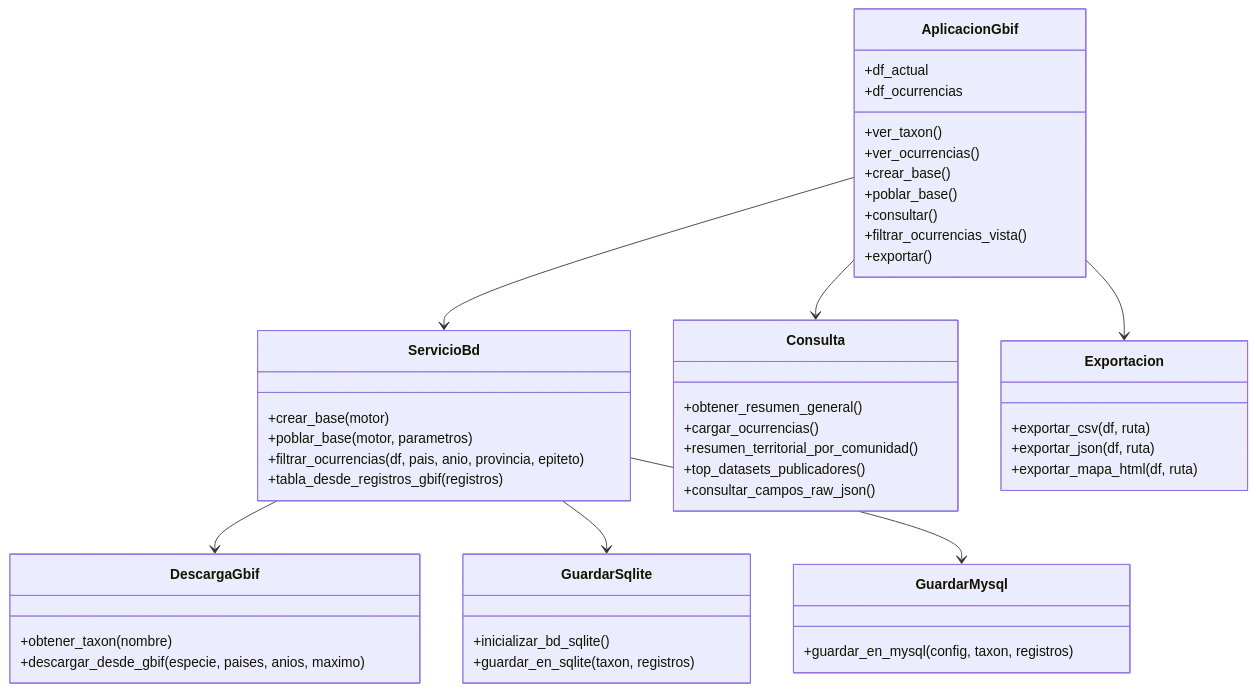
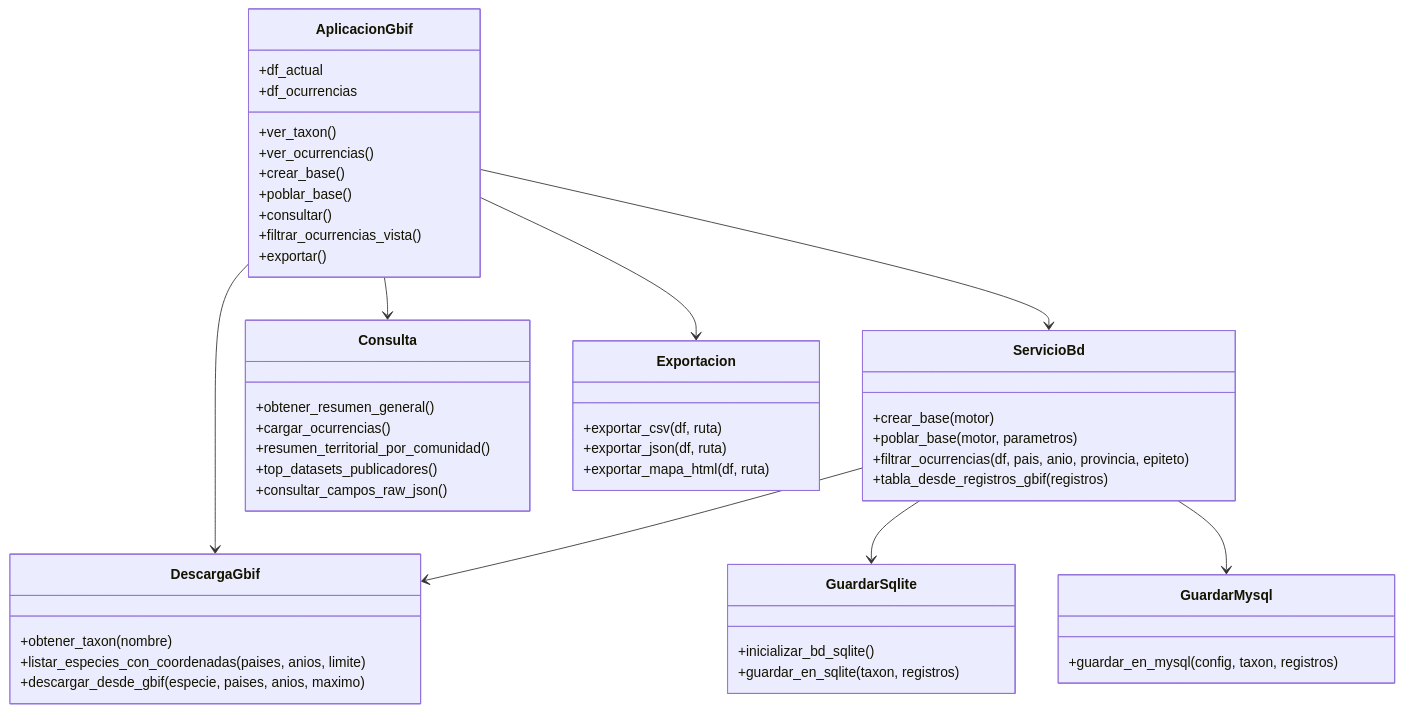
One commit to gracobjo/biodiversidad changed the third of 8 diagrams in docs/UML.md. Above: the diagram before and after it, drawn with Mermaid. The commit also changed other lines of this file and 10 other files, not shown here.

Commit message:
Actualiza diagramas, casos de uso y manuales al catálogo por clases y al kernel Python (biodiversidad).

````diff
--- a/docs/UML.md
+++ b/docs/UML.md
@@ -86,50 +92,52 @@
 ```mermaid
 classDiagram
   class AplicacionGbif {
     +df_actual
     +df_ocurrencias
     +ver_taxon()
     +ver_ocurrencias()
     +crear_base()
     +poblar_base()
     +consultar()
     +filtrar_ocurrencias_vista()
     +exportar()
   }
   class ServicioBd {
     +crear_base(motor)
     +poblar_base(motor, parametros)
     +filtrar_ocurrencias(df, pais, anio, provincia, epiteto)
     +tabla_desde_registros_gbif(registros)
   }
   class DescargaGbif {
     +obtener_taxon(nombre)
+    +listar_especies_con_coordenadas(paises, anios, limite)
     +descargar_desde_gbif(especie, paises, anios, maximo)
   }
   class GuardarSqlite {
     +inicializar_bd_sqlite()
     +guardar_en_sqlite(taxon, registros)
   }
   class GuardarMysql {
     +guardar_en_mysql(config, taxon, registros)
   }
   class Consulta {
     +obtener_resumen_general()
     +cargar_ocurrencias()
     +resumen_territorial_por_comunidad()
     +top_datasets_publicadores()
     +consultar_campos_raw_json()
   }
   class Exportacion {
     +exportar_csv(df, ruta)
     +exportar_json(df, ruta)
     +exportar_mapa_html(df, ruta)
   }
 
   AplicacionGbif --> ServicioBd
+  AplicacionGbif --> DescargaGbif
   AplicacionGbif --> Consulta
   AplicacionGbif --> Exportacion
   ServicioBd --> DescargaGbif
   ServicioBd --> GuardarSqlite
   ServicioBd --> GuardarMysql
 ```
````
